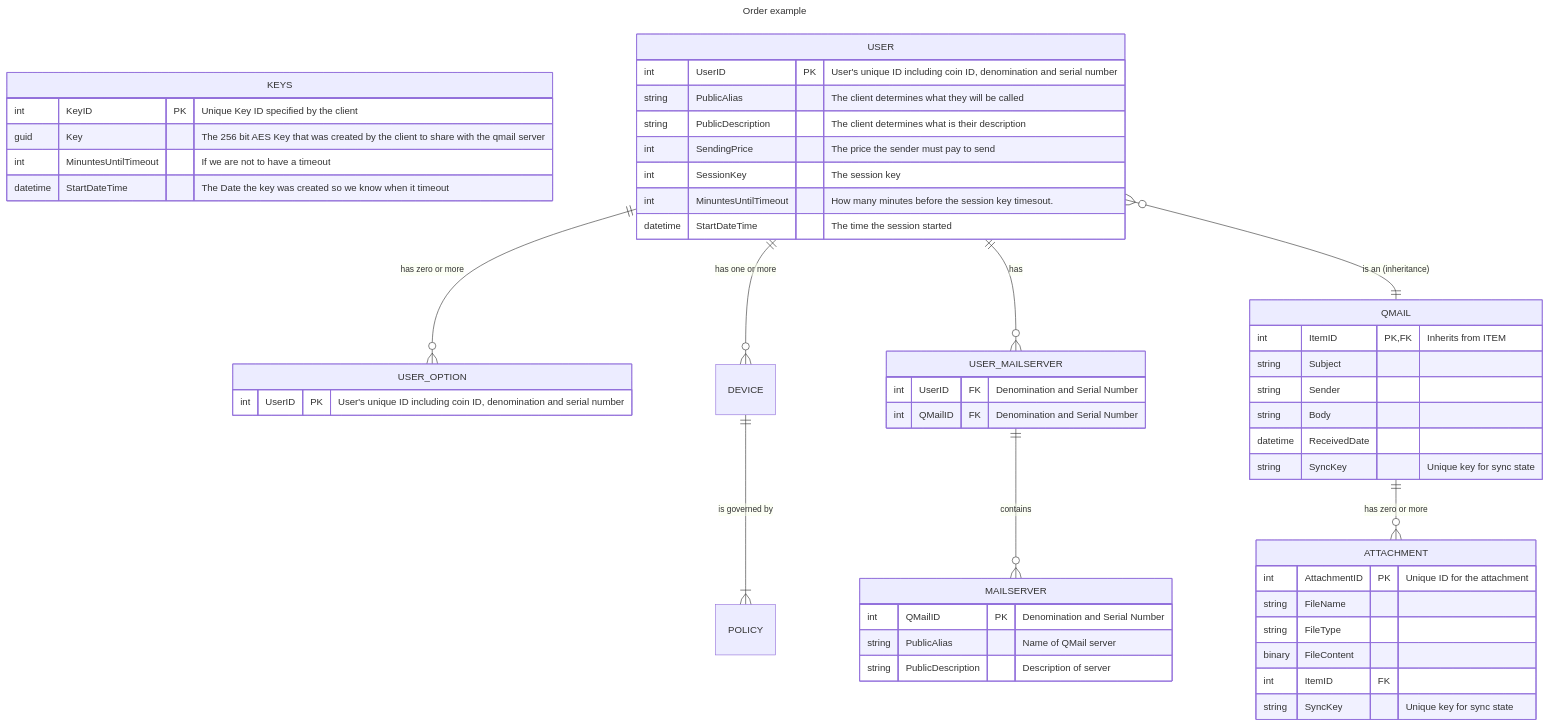
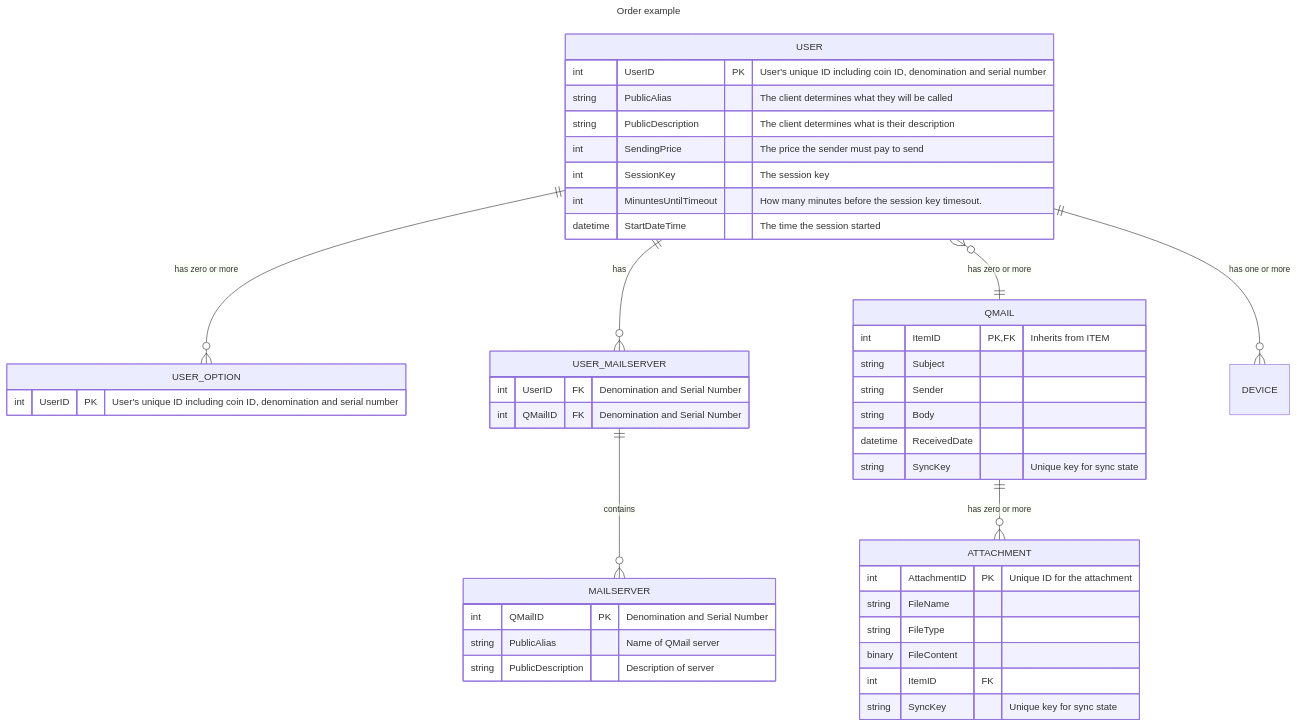
Before and after one commit to worthingtonse/client-prompts: the first of 2 diagrams in Ideas In Progress/QMAIL/erd.md, drawn with Mermaid.

````diff
--- a/Ideas In Progress/QMAIL/erd.md
+++ b/Ideas In Progress/QMAIL/erd.md
@@ -2,69 +2,61 @@
 ```mermaid
 ---
 title: Order example
 ---
 erDiagram
-
-    KEYS {
-        int KeyID PK "Unique Key ID specified by the client"
-        guid Key  "The 256 bit AES Key that was created by the client to share with the qmail server"
-        int MinuntesUntilTimeout "If we are not to have a timeout"
-        datetime StartDateTime "The Date the key was created so we know when it timeout"
-    }
 
     USER {
         int UserID PK "User's unique ID including coin ID, denomination and serial number"
         string PublicAlias "The client determines what they will be called"
         string PublicDescription "The client determines what is their description"
         int SendingPrice "The price the sender must pay to send"
         int SessionKey "The session key"
         int MinuntesUntilTimeout "How many minutes before the session key timesout."
         datetime StartDateTime "The time the session started"
     }
 
 
     USER_OPTION {
         int UserID PK "User's unique ID including coin ID, denomination and serial number"
 
     }
 
     USER_MAILSERVER {
         int UserID FK "Denomination and Serial Number"
         int QMailID FK "Denomination and Serial Number"
     }
 
     MAILSERVER {
         int QMailID PK "Denomination and Serial Number"
         string PublicAlias "Name of QMail server"
         string PublicDescription "Description of server"
     }
 
 
     QMAIL {
         int ItemID PK, FK "Inherits from ITEM"
         string Subject
         string Sender
         string Body
         datetime ReceivedDate
         string SyncKey "Unique key for sync state"
     }
 
     ATTACHMENT {
         int AttachmentID PK "Unique ID for the attachment"
         string FileName
         string FileType
         binary FileContent
         int ItemID FK
         string SyncKey "Unique key for sync state"
     }
 
     USER ||--o{ DEVICE : "has one or more"
     USER ||--o{ USER_OPTION : "has zero or more"
     USER ||--o{ USER_MAILSERVER : "has"
     USER_MAILSERVER ||--o{ MAILSERVER : "contains"
-    DEVICE ||--|{ POLICY : "is governed by"
-    USER }o--|| QMAIL : "is an (inheritance)"
+    USER }o--|| QMAIL : "has zero or more"
     QMAIL ||--o{ ATTACHMENT : "has zero or more"
 
 
 ```
````
